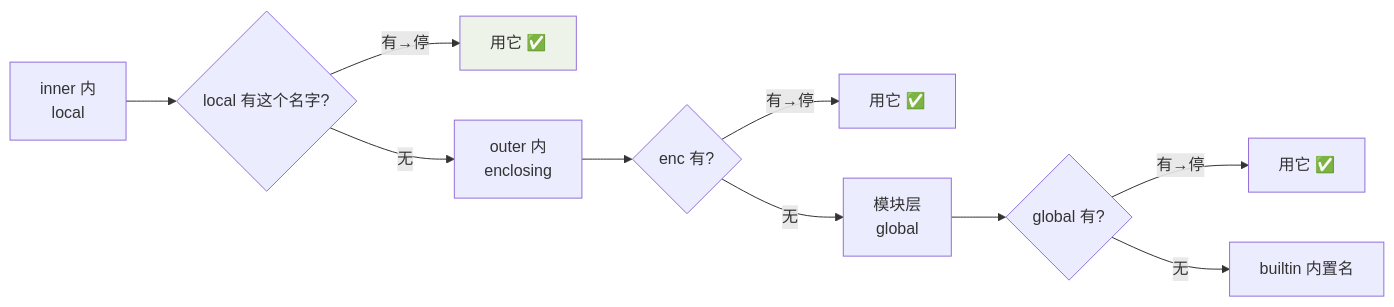
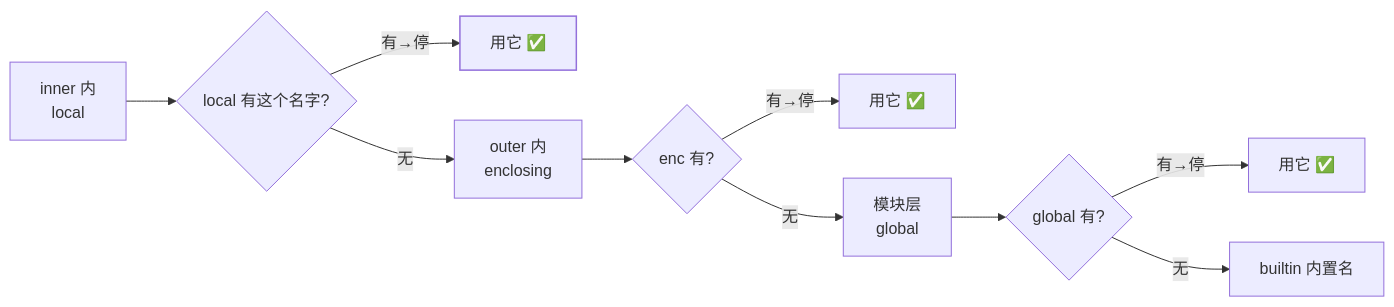
Before and after one commit to Loadhao/ascension: the first of 2 diagrams in src/content/docs/python/basic/functions/01-functions-closures.md, drawn with Mermaid. The commit also changed other lines of this file and 87 other files, not shown here.

First line of the commit message:
fix: 全站图表配色改由主题接管，修复暗色主题下浅底浅字看不清

````diff
--- a/src/content/docs/python/basic/functions/01-functions-closures.md
+++ b/src/content/docs/python/basic/functions/01-functions-closures.md
@@ -64,13 +64,14 @@
 ```mermaid
 flowchart LR
     inner["inner 内<br/>local"] --> BR{"local 有这个名字?"}
     BR -- "有→停" --> L_OK["用它 ✅"]
     BR -- "无" --> ENC["outer 内<br/>enclosing"]
     ENC --> EBR{"enc 有?"}
     EBR -- "有→停" --> E_OK["用它 ✅"]
     EBR -- "无" --> G["模块层<br/>global"]
     G --> GBR{"global 有?"}
     GBR -- "有→停" --> G_OK["用它 ✅"]
     GBR -- "无" --> B["builtin 内置名"]
-    style L_OK fill:#eef3ea
+    class L_OK good
+    classDef good stroke-width:1.5px
 ```
````
